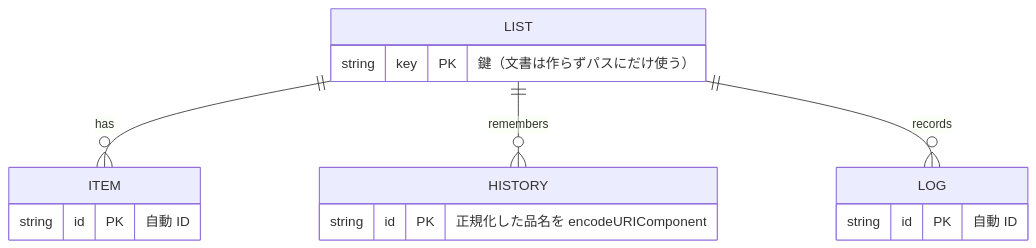
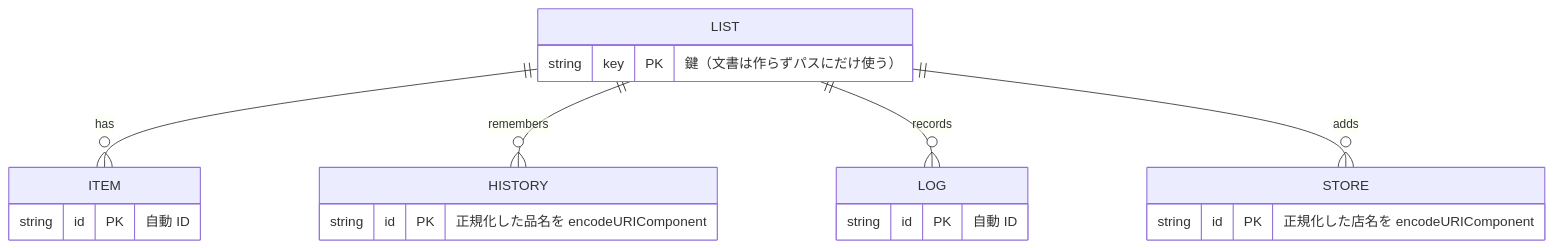
One commit to iiiitiiitiiti/kaimono changed the diagram in docs/DESIGN.md. Above: the diagram before and after it, drawn with Mermaid. The commit also changed other lines of this file and 9 other files, not shown here.

````diff
--- a/docs/DESIGN.md
+++ b/docs/DESIGN.md
@@ -27,18 +27,22 @@
 ```mermaid
 erDiagram
     LIST ||--o{ ITEM : has
     LIST ||--o{ HISTORY : remembers
     LIST ||--o{ LOG : records
+    LIST ||--o{ STORE : "adds"
     LIST {
         string key PK "鍵（文書は作らずパスにだけ使う）"
     }
     ITEM {
         string id PK "自動 ID"
     }
     HISTORY {
         string id PK "正規化した品名を encodeURIComponent"
     }
     LOG {
         string id PK "自動 ID"
     }
+    STORE {
+        string id PK "正規化した店名を encodeURIComponent"
+    }
 ```
````
